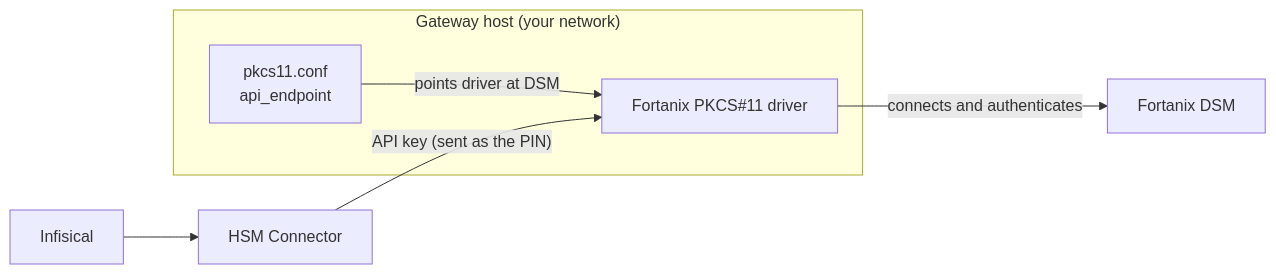
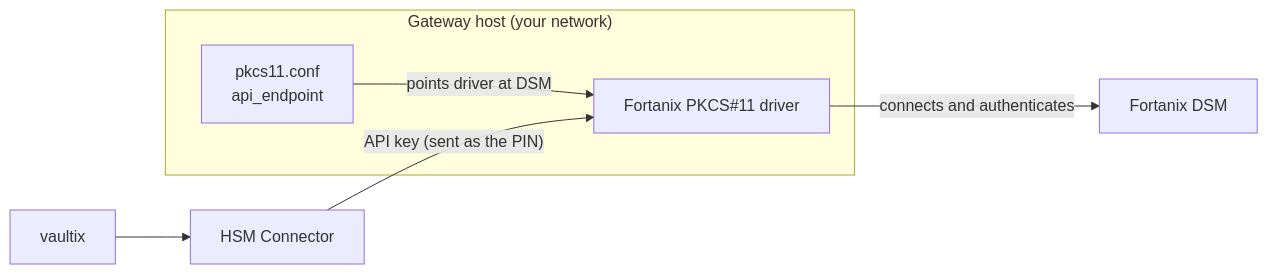
The diagram in core/docs/documentation/platform/pki/settings/hsm-connectors-fortanix-dsm.mdx (shippinAI/vaultix), drawn with Mermaid before and after one commit. The commit also changed other lines of this file and 1202 other files, not shown here.

````diff
--- a/core/docs/documentation/platform/pki/settings/hsm-connectors-fortanix-dsm.mdx
+++ b/core/docs/documentation/platform/pki/settings/hsm-connectors-fortanix-dsm.mdx
@@ -19,14 +19,14 @@
 ```mermaid
 flowchart LR
-    Infisical["Infisical"]
+    vaultix["vaultix"]
     Connector["HSM Connector"]
     subgraph Gateway["Gateway host (your network)"]
         Driver["Fortanix PKCS#11 driver"]
         Conf["pkcs11.conf<br/>api_endpoint"]
         Conf -- "points driver at DSM" --> Driver
     end
     DSM["Fortanix DSM"]
-    Infisical --> Connector
+    vaultix --> Connector
     Connector -- "API key (sent as the PIN)" --> Driver
     Driver -- "connects and authenticates" --> DSM
 ```
````
